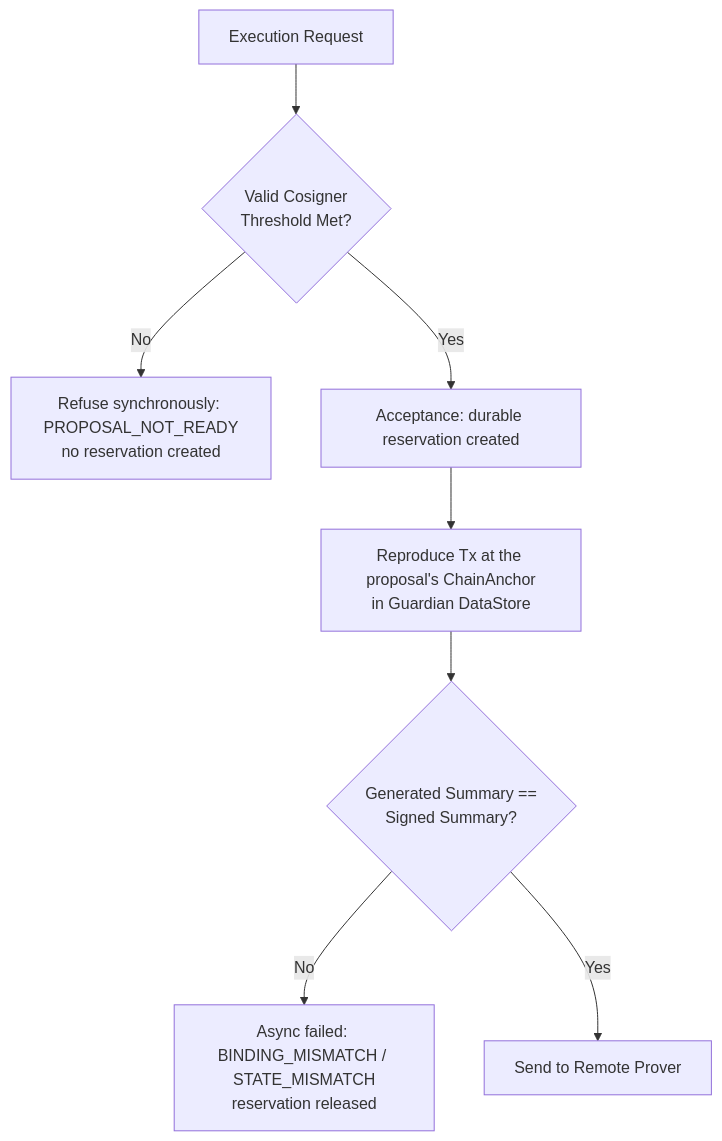
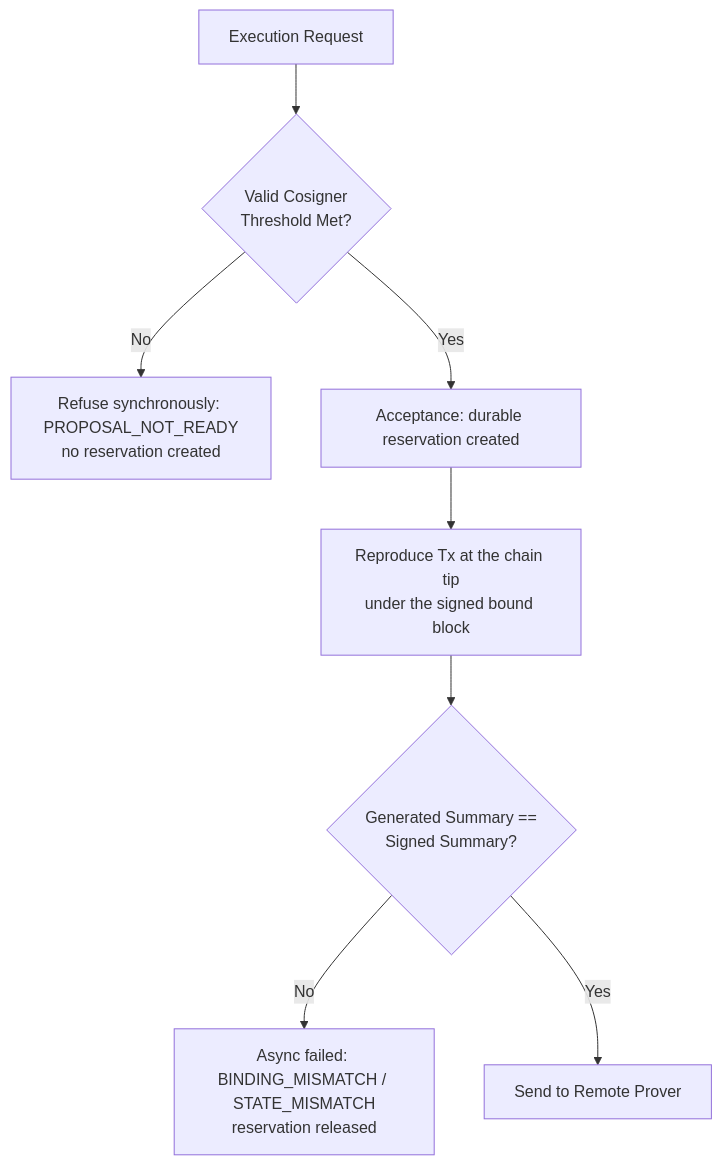
The sixth of 11 diagrams in docs/rfcs/0001-server-side-transaction-execution.md (OpenZeppelin/guardian), drawn with Mermaid before and after one commit. The commit also changed other lines of this file, not shown here.

````diff
--- a/docs/rfcs/0001-server-side-transaction-execution.md
+++ b/docs/rfcs/0001-server-side-transaction-execution.md
@@ -241,10 +243,10 @@
 ```mermaid
 flowchart TD
   Req[Execution Request] --> ThreshCheck{Valid Cosigner<br/>Threshold Met?}
   ThreshCheck -->|No| Refuse1[Refuse synchronously: PROPOSAL_NOT_READY<br/>no reservation created]
   ThreshCheck -->|Yes| Reserve[Acceptance: durable reservation created]
-  Reserve --> Reproduce[Reproduce Tx at the proposal's ChainAnchor<br/>in Guardian DataStore]
+  Reserve --> Reproduce[Reproduce Tx at the chain tip<br/>under the signed bound block]
   Reproduce --> SummaryCheck{Generated Summary ==<br/>Signed Summary?}
   SummaryCheck -->|No| Fail[Async failed: BINDING_MISMATCH / STATE_MISMATCH<br/>reservation released]
   SummaryCheck -->|Yes| RemoteProve[Send to Remote Prover]
 ```
````
